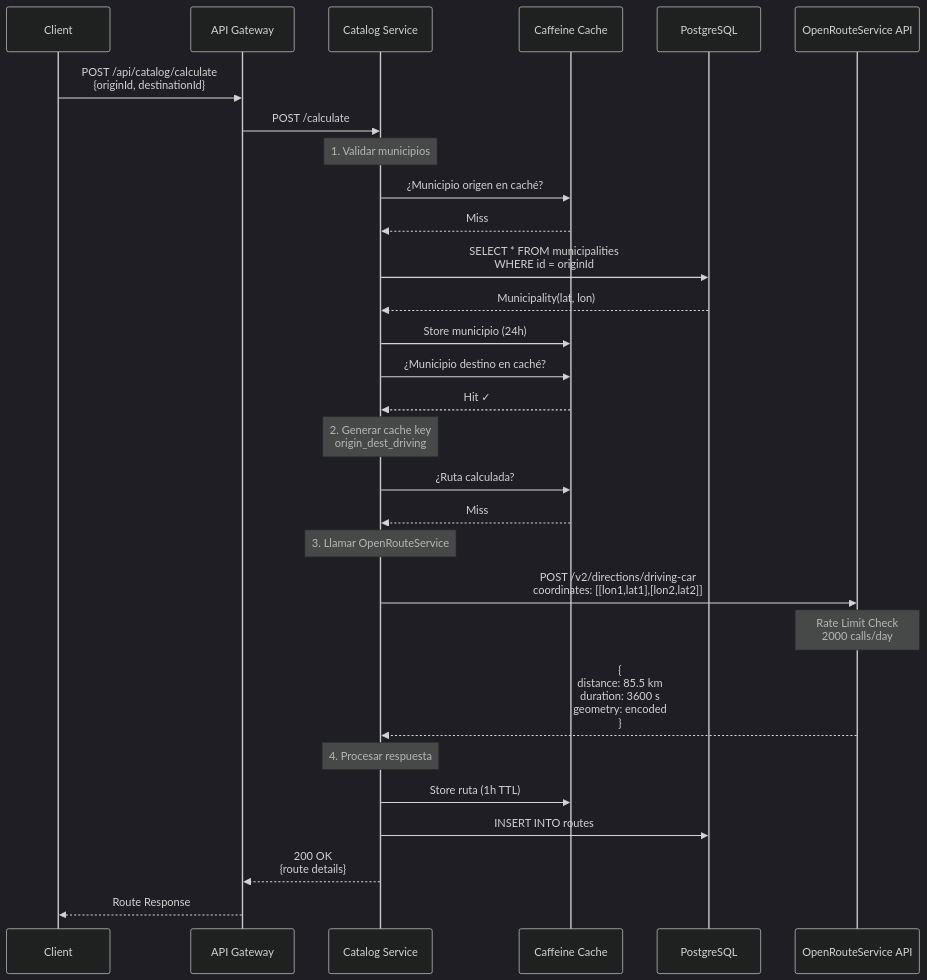
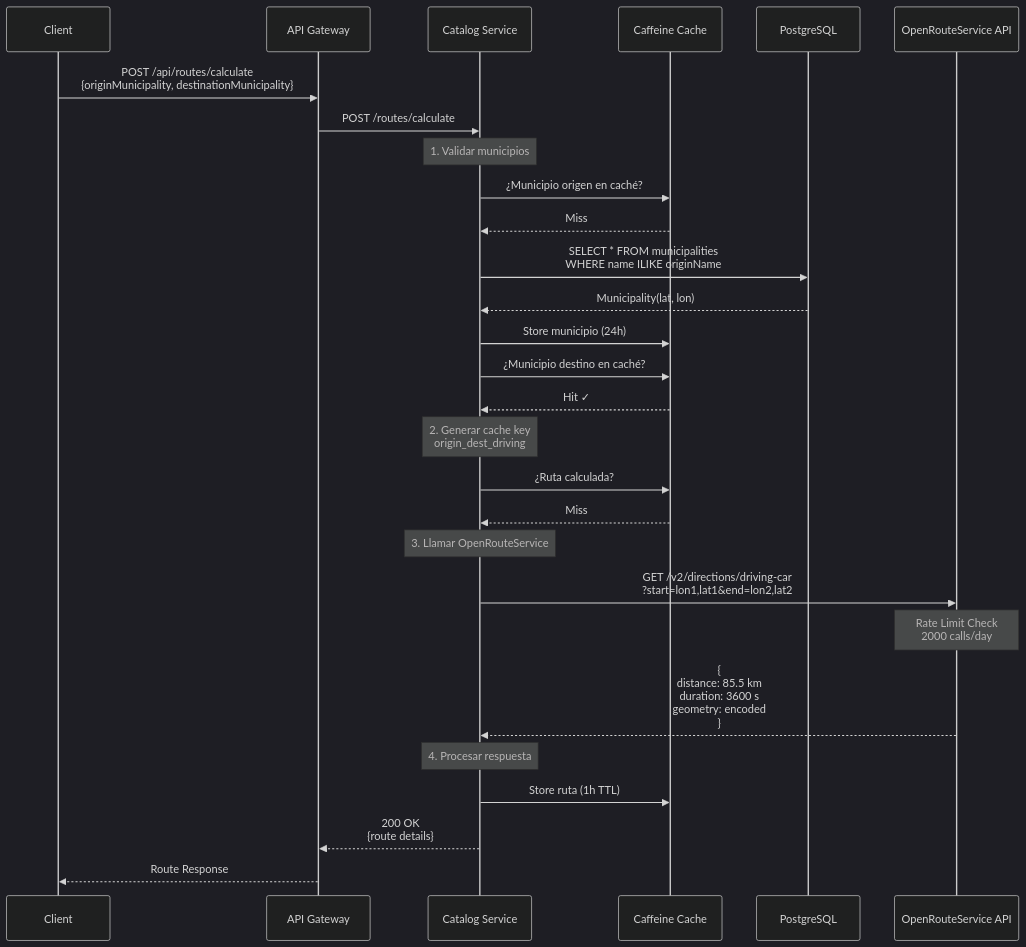
Before and after one commit to BusConnectTeam/busConnect-backend: the first of 8 diagrams in catalog-service/ARCHITECTURE.md, drawn with Mermaid (dark theme). The commit also changed other lines of this file, not shown here.

Commit message:
update catalog-service/architecture

````diff
--- a/catalog-service/ARCHITECTURE.md
+++ b/catalog-service/ARCHITECTURE.md
@@ -7,44 +7,43 @@
 ```mermaid
 sequenceDiagram
     participant Client
     participant Gateway as API Gateway
     participant Catalog as Catalog Service
     participant Cache as Caffeine Cache
     participant DB as PostgreSQL
     participant ORS as OpenRouteService API
     
-    Client->>Gateway: POST /api/catalog/calculate<br/>{originId, destinationId}
-    Gateway->>Catalog: POST /calculate
+    Client->>Gateway: POST /api/routes/calculate<br/>{originMunicipality, destinationMunicipality}
+    Gateway->>Catalog: POST /routes/calculate
     
     Note over Catalog: 1. Validar municipios
     
     Catalog->>Cache: ¿Municipio origen en caché?
     Cache-->>Catalog: Miss
-    Catalog->>DB: SELECT * FROM municipalities<br/>WHERE id = originId
+    Catalog->>DB: SELECT * FROM municipalities<br/>WHERE name ILIKE originName
     DB-->>Catalog: Municipality(lat, lon)
     Catalog->>Cache: Store municipio (24h)
     
     Catalog->>Cache: ¿Municipio destino en caché?
     Cache-->>Catalog: Hit ✓
     
     Note over Catalog: 2. Generar cache key<br/>origin_dest_driving
     
     Catalog->>Cache: ¿Ruta calculada?
     Cache-->>Catalog: Miss
     
     Note over Catalog: 3. Llamar OpenRouteService
     
-    Catalog->>ORS: POST /v2/directions/driving-car<br/>coordinates: [[lon1,lat1],[lon2,lat2]]
+    Catalog->>ORS: GET /v2/directions/driving-car<br/>?start=lon1,lat1&end=lon2,lat2
     
     Note over ORS: Rate Limit Check<br/>2000 calls/day
     
     ORS-->>Catalog: {<br/>  distance: 85.5 km<br/>  duration: 3600 s<br/>  geometry: encoded<br/>}
     
     Note over Catalog: 4. Procesar respuesta
     
     Catalog->>Cache: Store ruta (1h TTL)
-    Catalog->>DB: INSERT INTO routes
     
     Catalog-->>Gateway: 200 OK<br/>{route details}
     Gateway-->>Client: Route Response
 ```
````
